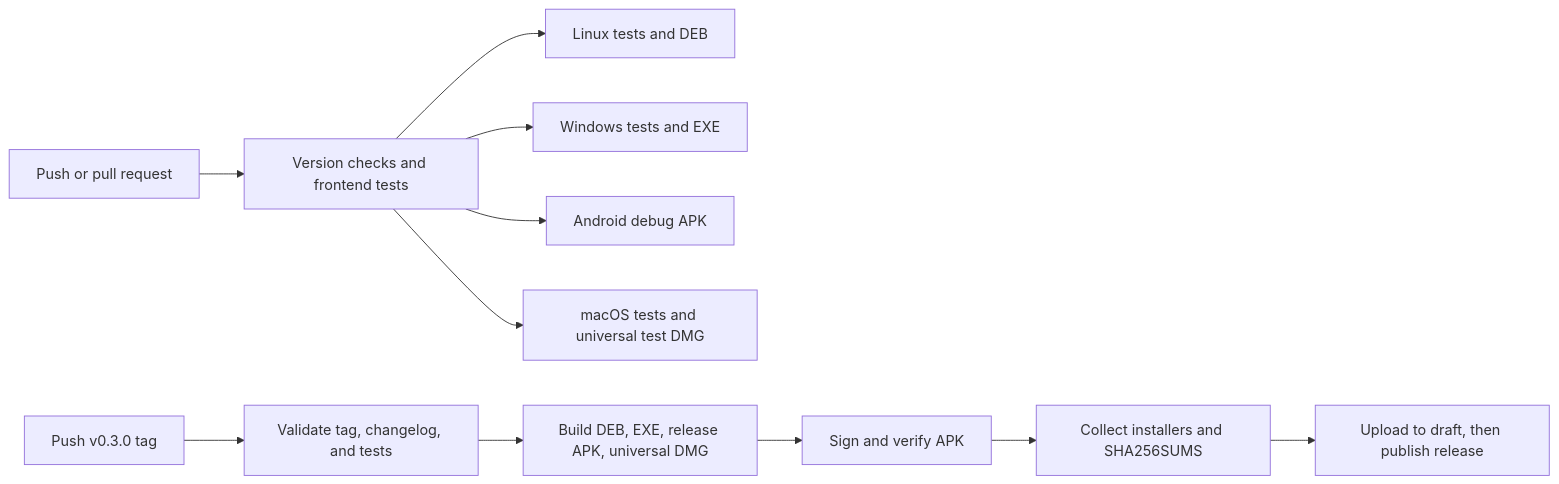
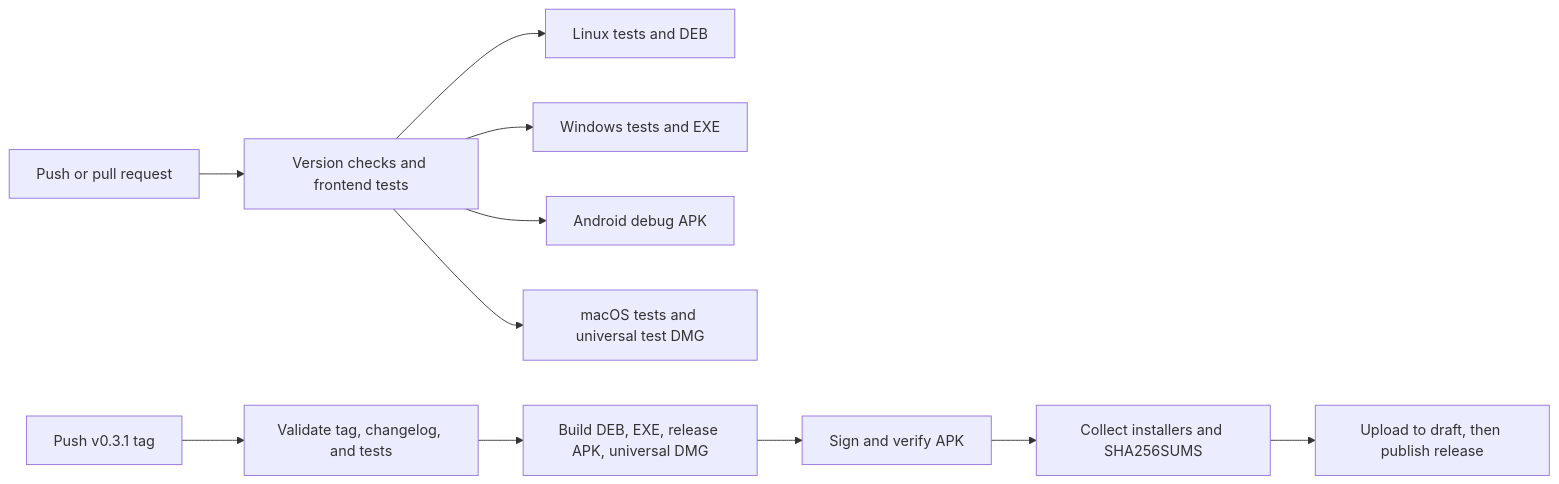
Before and after one commit to shahabbai/PulseDrop: the diagram in docs/github-releases.md, drawn with Mermaid. The commit also changed other lines of this file and 8 other files, not shown here.

````diff
--- a/docs/github-releases.md
+++ b/docs/github-releases.md
@@ -9,13 +9,13 @@
 ```mermaid
 flowchart LR
     A[Push or pull request] --> B[Version checks and frontend tests]
     B --> C[Linux tests and DEB]
     B --> D[Windows tests and EXE]
     B --> E[Android debug APK]
     B --> M[macOS tests and universal test DMG]
-    F[Push v0.3.0 tag] --> G[Validate tag, changelog, and tests]
+    F[Push v0.3.1 tag] --> G[Validate tag, changelog, and tests]
     G --> H[Build DEB, EXE, release APK, universal DMG]
     H --> I[Sign and verify APK]
     I --> J[Collect installers and SHA256SUMS]
     J --> K[Upload to draft, then publish release]
 ```
````
